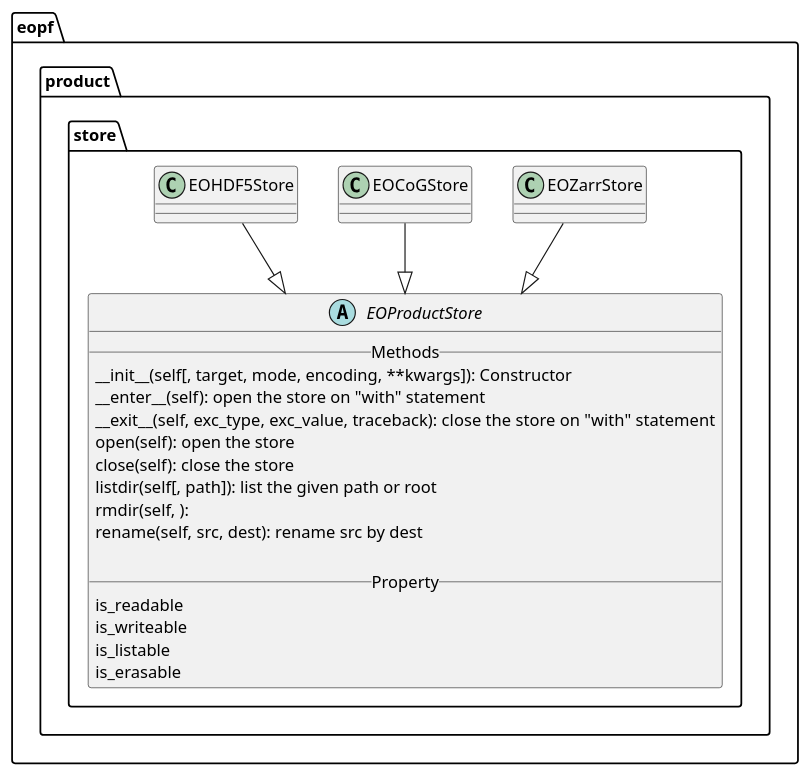
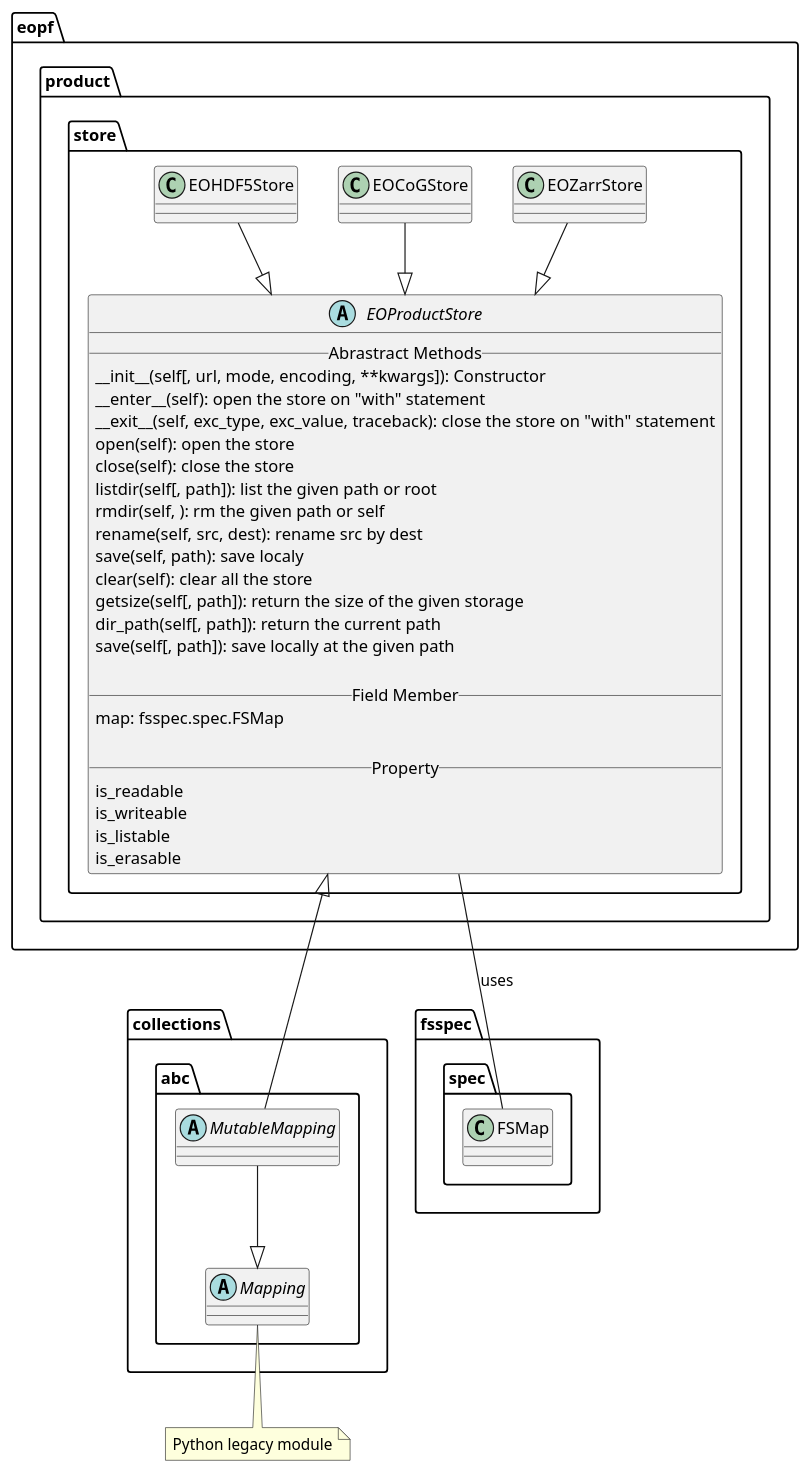
Before and after one commit to CSC-DPR/eopf-cpm: the diagram in docs/plantuml/eopf_product_store.puml, drawn with PlantUML. The commit also changed 2 other files, not shown here.

Commit message:
fix: plantuml design for eoproductstore

```diff
--- a/docs/plantuml/eopf_product_store.puml
+++ b/docs/plantuml/eopf_product_store.puml
@@ -1,28 +1,47 @@
 @startuml
 package eopf.product.store
 {
 
     ' inspired by fsspec.spec.AbstractFileSystem
     abstract EOProductStore {
-        __ Methods __
-        __init__(self[, target, mode, encoding, **kwargs]): Constructor
+        __ Abrastract Methods __
+        __init__(self[, url, mode, encoding, **kwargs]): Constructor
         __enter__(self): open the store on "with" statement
         __exit__(self, exc_type, exc_value, traceback): close the store on "with" statement
         open(self): open the store
         close(self): close the store
         listdir(self[, path]): list the given path or root
-        rmdir(self, ):
+        rmdir(self, ): rm the given path or self
         rename(self, src, dest): rename src by dest
+        save(self, path): save localy
+        clear(self): clear all the store
+        getsize(self[, path]): return the size of the given storage
+        dir_path(self[, path]): return the current path
+        save(self[, path]): save locally at the given path
+
+        __ Field Member __
+        map: fsspec.spec.FSMap
 
         __ Property __
         is_readable
         is_writeable
         is_listable
         is_erasable
     }
 
     EOZarrStore --|> EOProductStore
     EOCoGStore --|> EOProductStore
     EOHDF5Store --|> EOProductStore
 }
+
+
+package collections.abc {
+    abstract MutableMapping
+    abstract Mapping
+    MutableMapping --|> Mapping
+}
+note bottom: Python legacy module
+
+EOProductStore <|-- MutableMapping
+EOProductStore -- fsspec.spec.FSMap : uses
 @enduml
```
